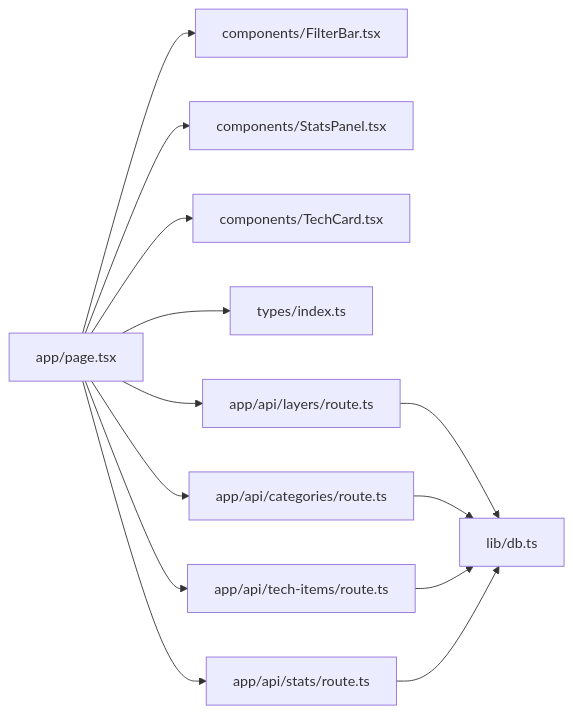
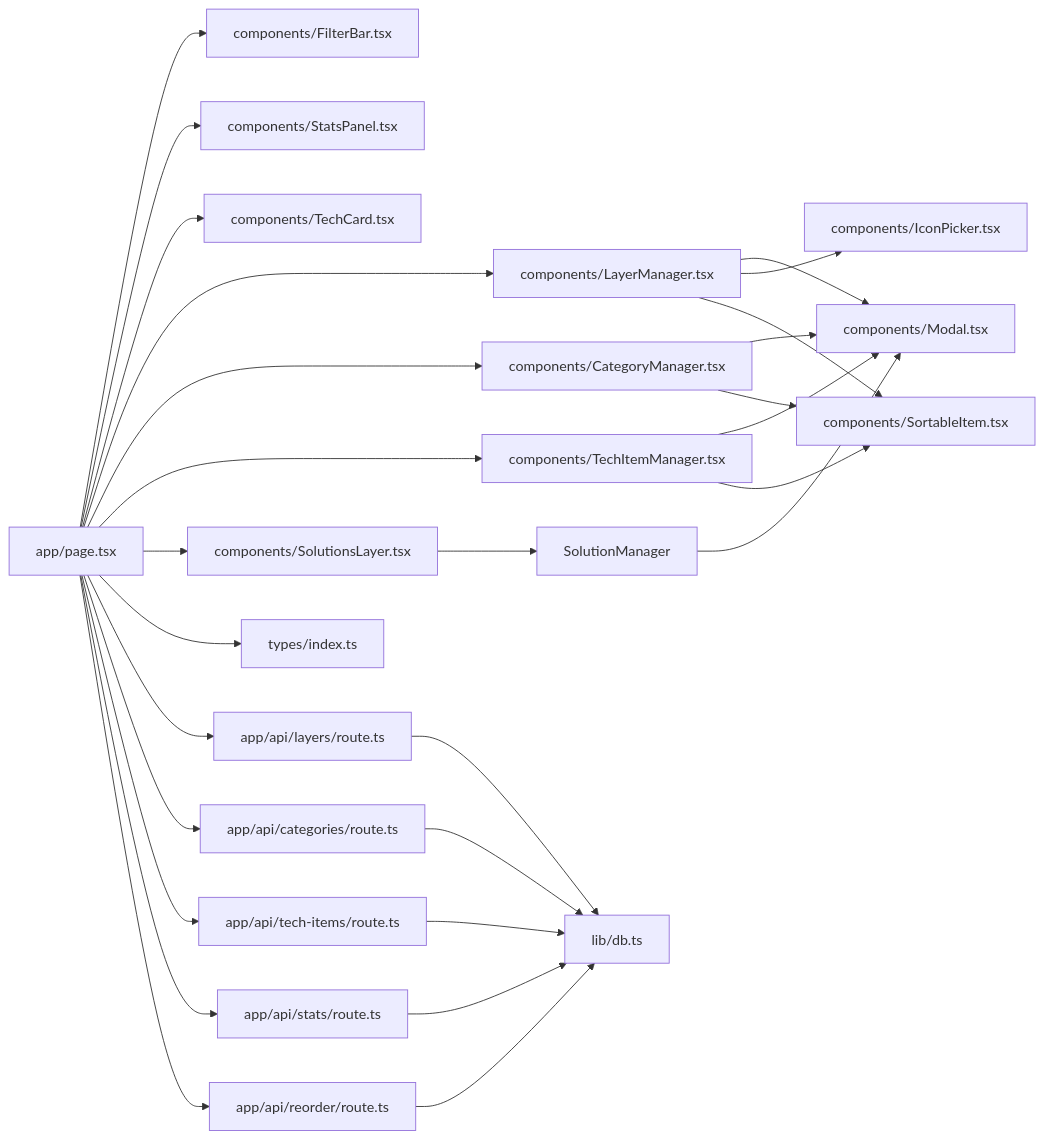
Before and after one commit to tutusiji/lantu-next: diagram 13 of 13 in .qoder/repowiki/zh/content/核心组件/核心组件.md, drawn with Mermaid. The commit also changed other lines of this file and 22 other files, not shown here.

````diff
--- a/.qoder/repowiki/zh/content/核心组件/核心组件.md
+++ b/.qoder/repowiki/zh/content/核心组件/核心组件.md
@@ -340,15 +627,30 @@
 ```mermaid
 graph LR
 Home["app/page.tsx"] --> FilterBar["components/FilterBar.tsx"]
 Home --> StatsPanel["components/StatsPanel.tsx"]
 Home --> TechCard["components/TechCard.tsx"]
+Home --> LayerManager["components/LayerManager.tsx"]
+Home --> CategoryManager["components/CategoryManager.tsx"]
+Home --> TechItemManager["components/TechItemManager.tsx"]
+Home --> SolutionsLayer["components/SolutionsLayer.tsx"]
+LayerManager --> Modal["components/Modal.tsx"]
+LayerManager --> IconPicker["components/IconPicker.tsx"]
+LayerManager --> SortableItem["components/SortableItem.tsx"]
+CategoryManager --> Modal
+CategoryManager --> SortableItem
+TechItemManager --> Modal
+TechItemManager --> SortableItem
+SolutionManager --> Modal
+SolutionsLayer --> SolutionManager
 Home --> Types["types/index.ts"]
 Home --> LayersAPI["app/api/layers/route.ts"]
 Home --> CategoriesAPI["app/api/categories/route.ts"]
 Home --> TechItemsAPI["app/api/tech-items/route.ts"]
 Home --> StatsAPI["app/api/stats/route.ts"]
+Home --> ReorderAPI["app/api/reorder/route.ts"]
 LayersAPI --> DB["lib/db.ts"]
 CategoriesAPI --> DB
 TechItemsAPI --> DB
 StatsAPI --> DB
+ReorderAPI --> DB
 ```
````
